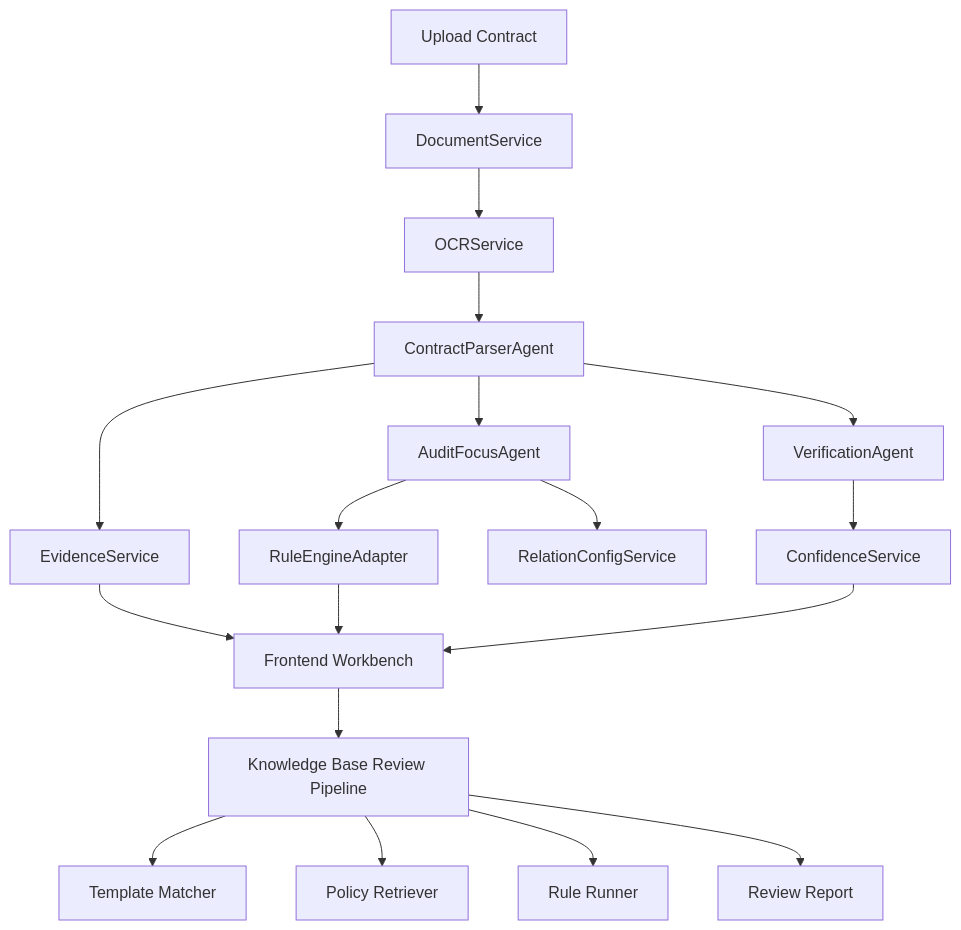
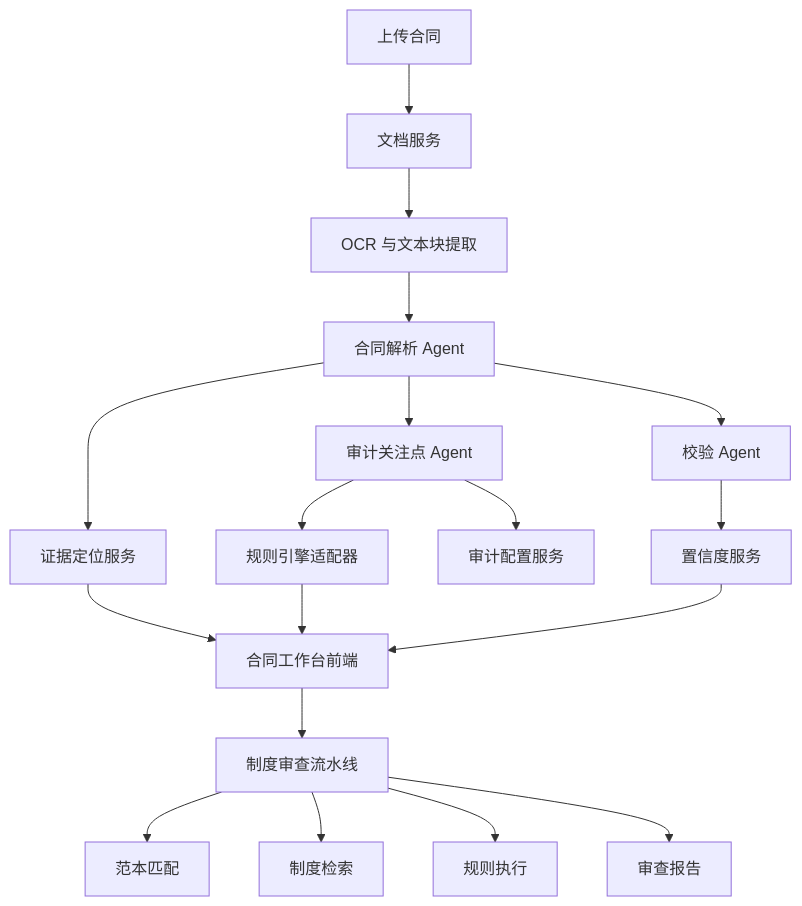
Before and after one commit to teachershuang/Audit-Agent-Demo-Kit: the diagram in docs/architecture.md, drawn with Mermaid. The commit also changed other lines of this file and 24 other files, not shown here.

````diff
--- a/docs/architecture.md
+++ b/docs/architecture.md
@@ -15,20 +15,20 @@
 ```mermaid
 flowchart TD
-    A["Upload Contract"] --> B["DocumentService"]
-    B --> C["OCRService"]
-    C --> D["ContractParserAgent"]
-    D --> E["EvidenceService"]
-    D --> F["AuditFocusAgent"]
-    D --> G["VerificationAgent"]
-    F --> H["RuleEngineAdapter"]
-    F --> I["RelationConfigService"]
-    G --> J["ConfidenceService"]
-    E --> K["Frontend Workbench"]
+    A["上传合同"] --> B["文档服务"]
+    B --> C["OCR 与文本块提取"]
+    C --> D["合同解析 Agent"]
+    D --> E["证据定位服务"]
+    D --> F["审计关注点 Agent"]
+    D --> G["校验 Agent"]
+    F --> H["规则引擎适配器"]
+    F --> I["审计配置服务"]
+    G --> J["置信度服务"]
+    E --> K["合同工作台前端"]
     H --> K
     J --> K
-    K --> L["Knowledge Base Review Pipeline"]
-    L --> M["Template Matcher"]
-    L --> N["Policy Retriever"]
-    L --> O["Rule Runner"]
-    L --> P["Review Report"]
+    K --> L["制度审查流水线"]
+    L --> M["范本匹配"]
+    L --> N["制度检索"]
+    L --> O["规则执行"]
+    L --> P["审查报告"]
 ```
````
